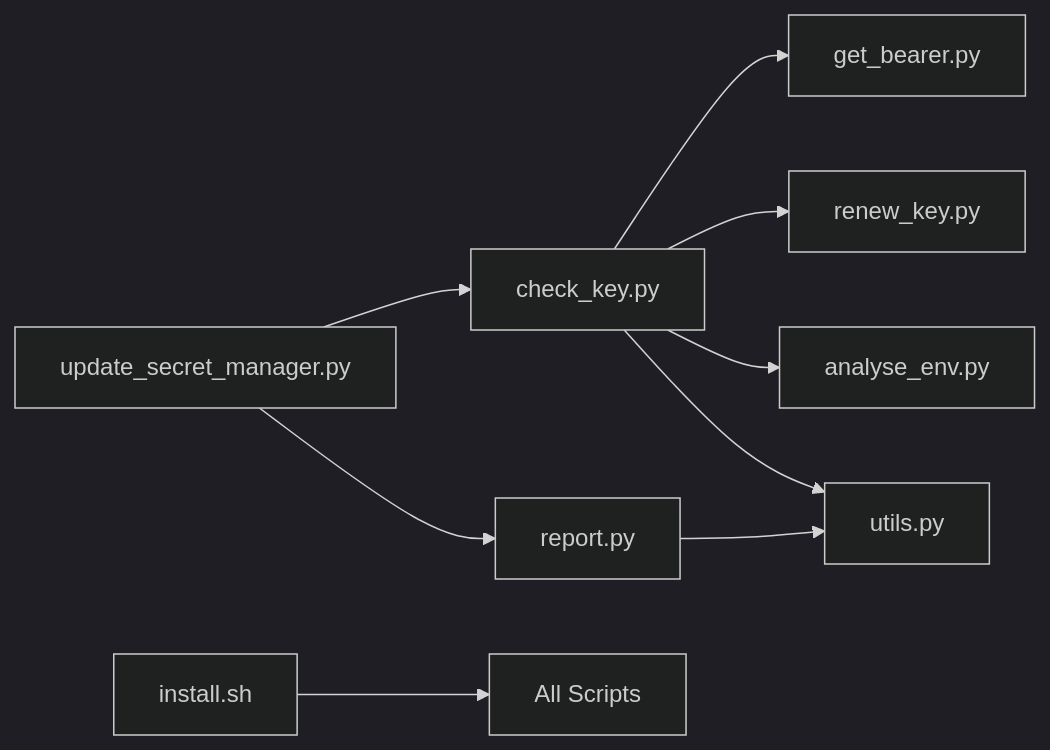
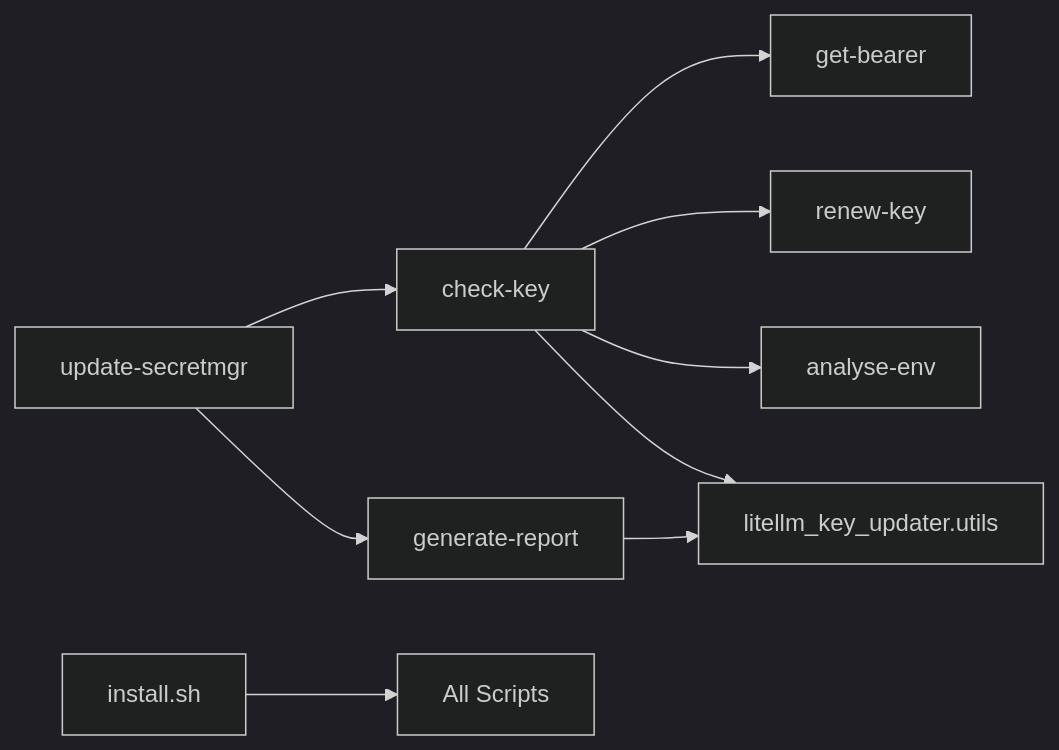
Before and after one commit to Enelass/litellm-key-updater: the diagram in docs/standalone.md, drawn with Mermaid (dark theme). The commit also changed other lines of this file and 29 other files, not shown here.

````diff
--- a/docs/standalone.md
+++ b/docs/standalone.md
@@ -215,13 +215,13 @@
 ```mermaid
 graph LR
-    A[check_key.py] --> B[get_bearer.py]
-    A --> C[renew_key.py]
-    A --> D[analyse_env.py]
-    A --> E[utils.py]
+    A[check-key] --> B[get-bearer]
+    A --> C[renew-key]
+    A --> D[analyse-env]
+    A --> E[litellm_key_updater.utils]
     
-    F[report.py] --> E
-    G[update_secret_manager.py] --> A
+    F[generate-report] --> E
+    G[update-secretmgr] --> A
     G --> F
     
     H[install.sh] --> I[All Scripts]
 ```
````
